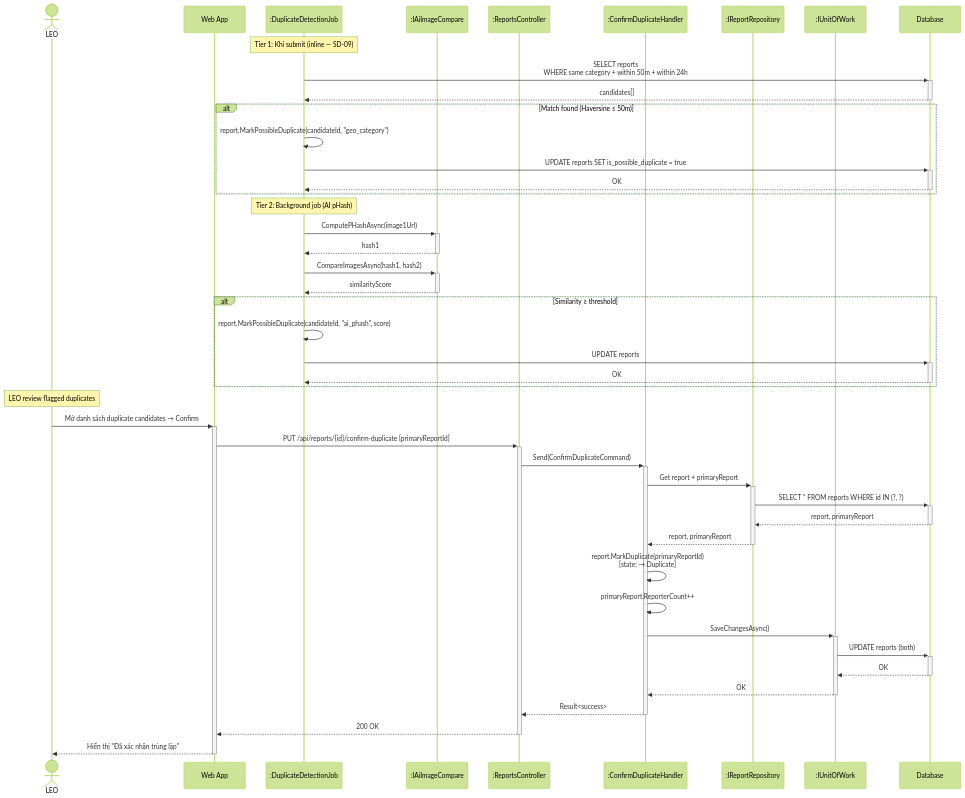
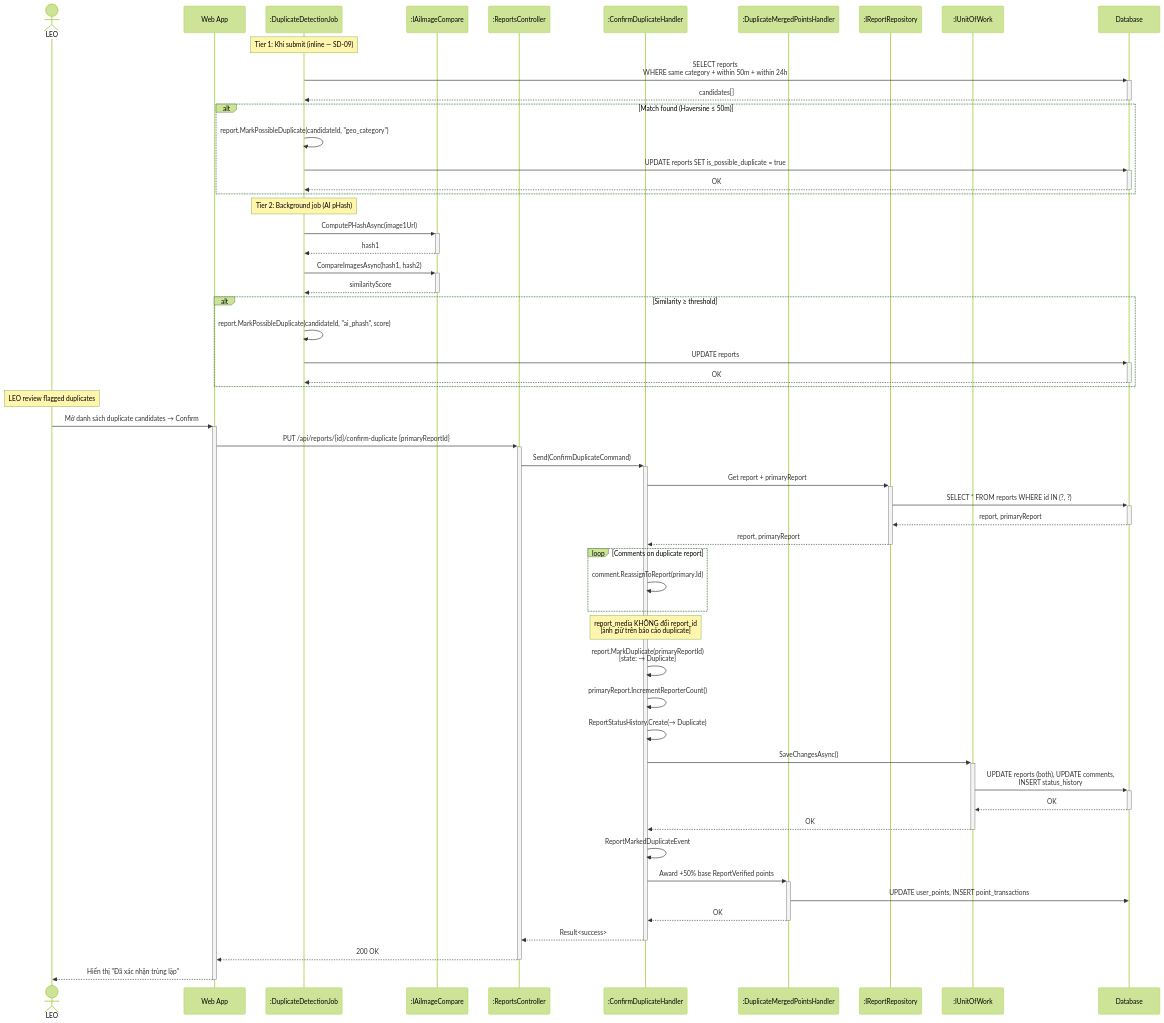
One commit to Capstonne-Project/greenlens-service changed the tenth of 34 diagrams in docs/BusinessRule/SEQUENCE_DIAGRAMS.md. Above: the diagram before and after it, drawn with Mermaid (forest theme). The commit also changed other lines of this file and 2 other files, not shown here.

Commit message:
docs(business-rule): align diagrams and BR matrix with report workflow changes
Update sequence/class diagrams and br_v12 comparison for terminal Reject, 2-day auto-close, and duplicate confirm without media merge.

````diff
--- a/docs/BusinessRule/SEQUENCE_DIAGRAMS.md
+++ b/docs/BusinessRule/SEQUENCE_DIAGRAMS.md
@@ -608,54 +611,66 @@
 ```mermaid
 sequenceDiagram
     actor LEO
     participant App as Web App
     participant Job as :DuplicateDetectionJob
     participant AI as :IAiImageCompare
     participant Ctrl as :ReportsController
     participant Hdl as :ConfirmDuplicateHandler
+    participant PtsHdl as :DuplicateMergedPointsHandler
     participant Repo as :IReportRepository
     participant UoW as :IUnitOfWork
     participant DB as Database
 
     Note over Job: Tier 1: Khi submit (inline — SD-09)
     Job->>+DB: SELECT reports<br/>WHERE same category + within 50m + within 24h
     DB-->>-Job: candidates[]
     alt Match found (Haversine ≤ 50m)
         Job->>Job: report.MarkPossibleDuplicate(candidateId, "geo_category")
         Job->>+DB: UPDATE reports SET is_possible_duplicate = true
         DB-->>-Job: OK
     end
 
     Note over Job: Tier 2: Background job (AI pHash)
     Job->>+AI: ComputePHashAsync(image1Url)
     AI-->>-Job: hash1
     Job->>+AI: CompareImagesAsync(hash1, hash2)
     AI-->>-Job: similarityScore
     alt Similarity ≥ threshold
         Job->>Job: report.MarkPossibleDuplicate(candidateId, "ai_phash", score)
         Job->>+DB: UPDATE reports
         DB-->>-Job: OK
     end
 
     Note over LEO: LEO review flagged duplicates
     LEO->>+App: Mở danh sách duplicate candidates → Confirm
     App->>+Ctrl: PUT /api/reports/{id}/confirm-duplicate {primaryReportId}
     Ctrl->>+Hdl: Send(ConfirmDuplicateCommand)
 
     Hdl->>+Repo: Get report + primaryReport
     Repo->>+DB: SELECT * FROM reports WHERE id IN (?, ?)
     DB-->>-Repo: report, primaryReport
     Repo-->>-Hdl: report, primaryReport
 
+    loop Comments on duplicate report
+        Hdl->>Hdl: comment.ReassignToReport(primary.Id)
+    end
+    Note over Hdl: report_media KHÔNG đổi report_id<br/>[ảnh giữ trên báo cáo duplicate]
+
     Hdl->>Hdl: report.MarkDuplicate(primaryReportId)<br/>[state: → Duplicate]
-    Hdl->>Hdl: primaryReport.ReporterCount++
+    Hdl->>Hdl: primaryReport.IncrementReporterCount()
+    Hdl->>Hdl: ReportStatusHistory.Create(→ Duplicate)
 
     Hdl->>+UoW: SaveChangesAsync()
-    UoW->>+DB: UPDATE reports (both)
+    UoW->>+DB: UPDATE reports (both), UPDATE comments,<br/>INSERT status_history
     DB-->>-UoW: OK
     UoW-->>-Hdl: OK
+
+    Hdl->>Hdl: ReportMarkedDuplicateEvent
+    Hdl->>+PtsHdl: Award +50% base ReportVerified points
+    PtsHdl->>DB: UPDATE user_points, INSERT point_transactions
+    PtsHdl-->>-Hdl: OK
 
     Hdl-->>-Ctrl: Result<success>
     Ctrl-->>-App: 200 OK
     App-->>-LEO: Hiển thị "Đã xác nhận trùng lặp"
 ```
````
